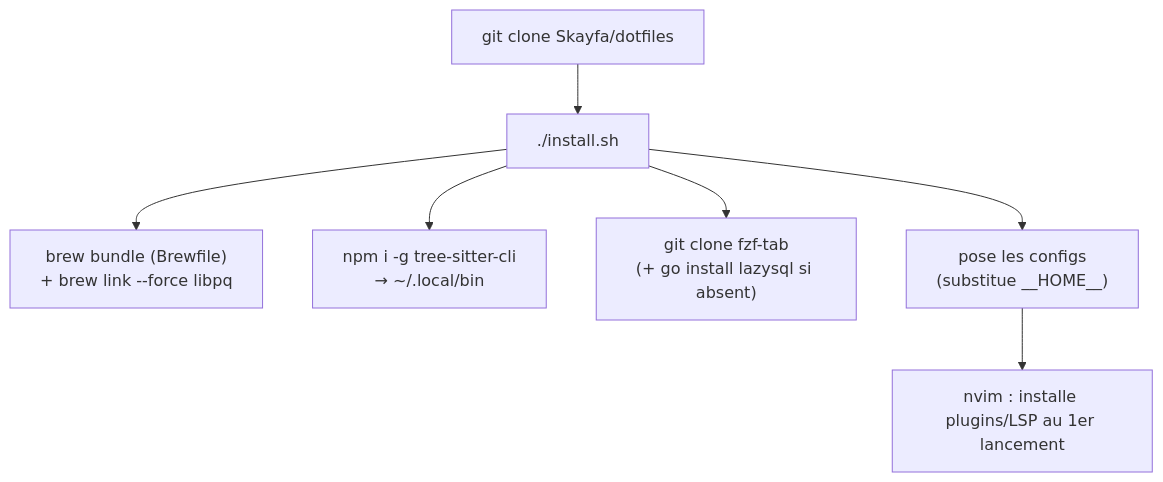
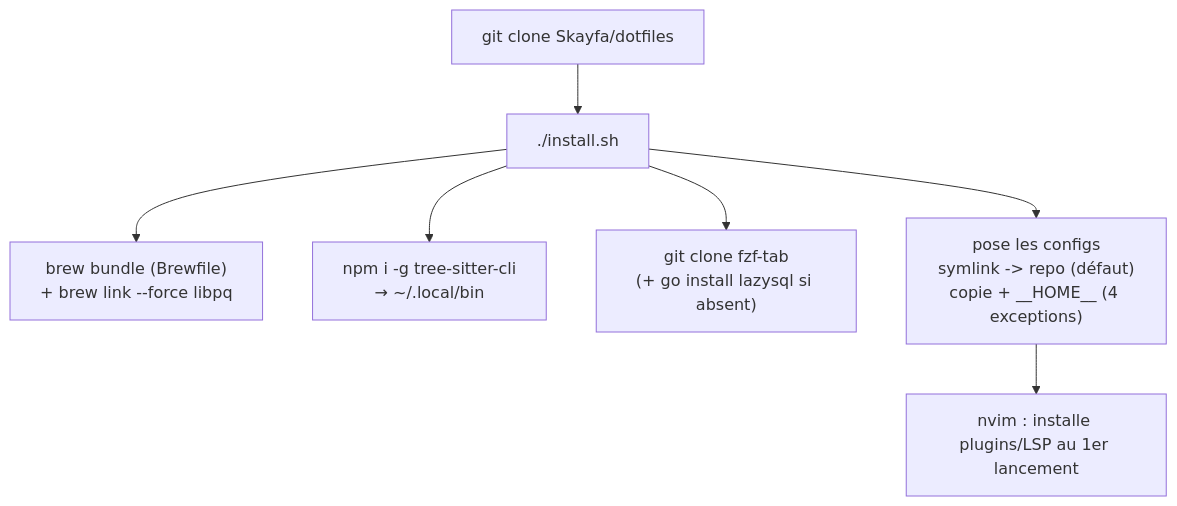
One commit to Skayfa/dotfiles changed the sixth of 6 diagrams in ARCHITECTURE.md. Above: the diagram before and after it, drawn with Mermaid. The commit also changed other lines of this file and 4 other files, not shown here.

First line of the commit message:
install: link configs to the repo instead of copying them

````diff
--- a/ARCHITECTURE.md
+++ b/ARCHITECTURE.md
@@ -168,9 +177,9 @@
 ```mermaid
 flowchart TD
     CLONE["git clone Skayfa/dotfiles"] --> RUN["./install.sh"]
     RUN --> BREW["brew bundle (Brewfile)<br/>+ brew link --force libpq"]
     RUN --> TS["npm i -g tree-sitter-cli<br/>→ ~/.local/bin"]
     RUN --> CLONES["git clone fzf-tab<br/>(+ go install lazysql si absent)"]
-    RUN --> CONF["pose les configs<br/>(substitue __HOME__)"]
+    RUN --> CONF["pose les configs<br/>symlink -> repo (défaut)<br/>copie + __HOME__ (4 exceptions)"]
     CONF --> NVIM["nvim : installe plugins/LSP au 1er lancement"]
 ```
````
